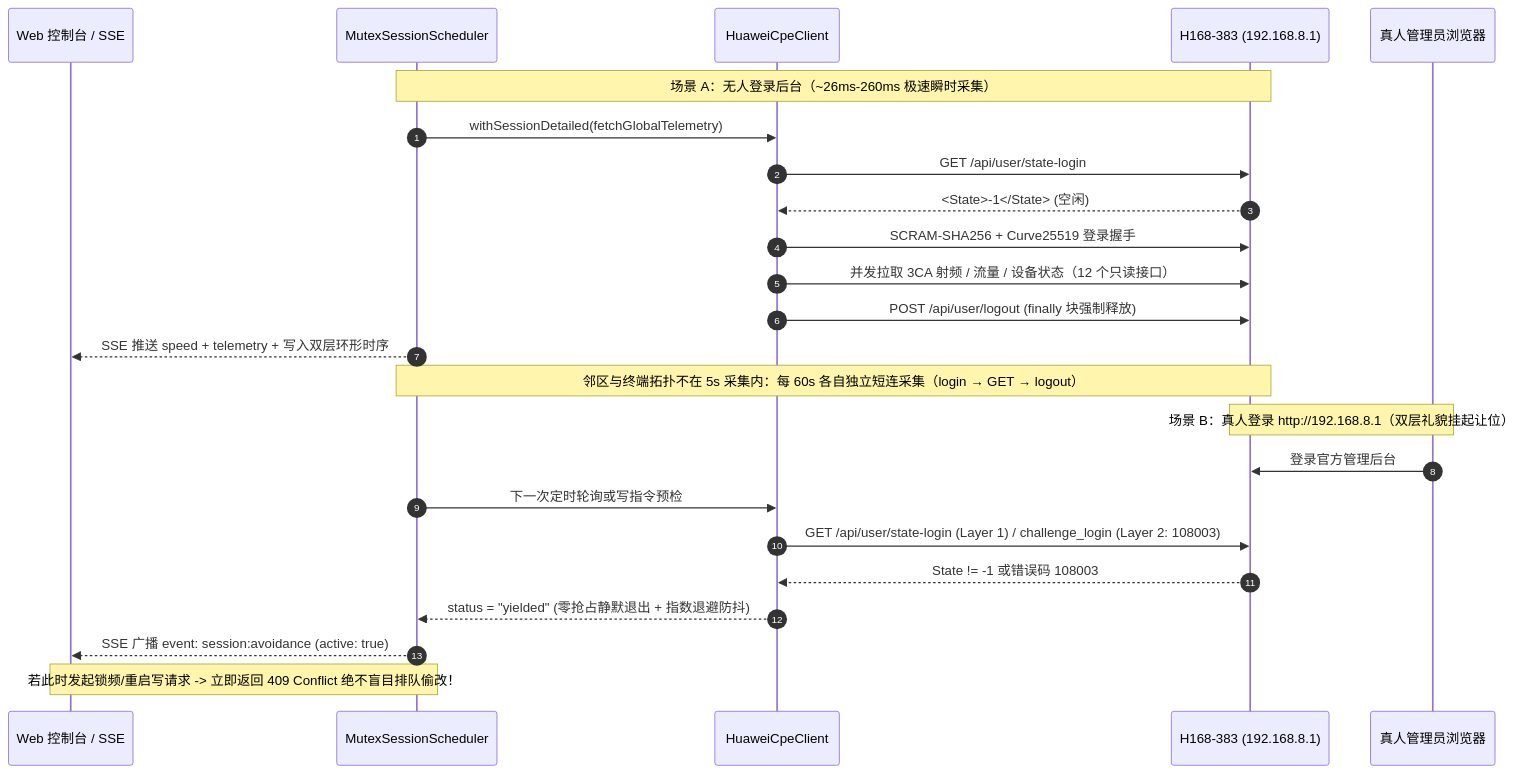
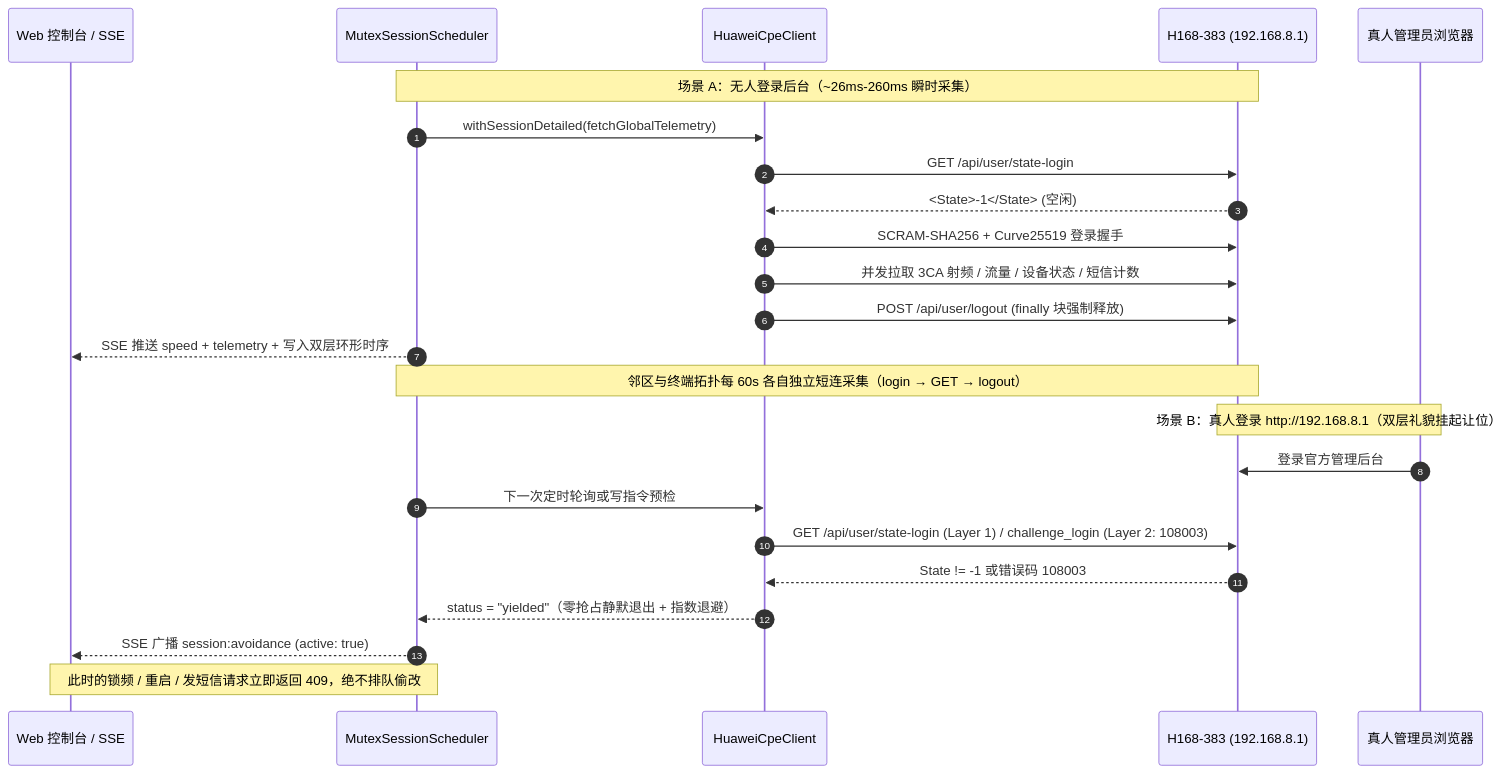
One commit to cky008/cpe-dash changed the second of 2 diagrams in README.md. Above: the diagram before and after it, drawn with Mermaid. The commit also changed other lines of this file and 11 other files, not shown here.

````diff
--- a/README.md
+++ b/README.md
@@ -121,28 +180,28 @@
 ```mermaid
 sequenceDiagram
   autonumber
   participant UI as Web 控制台 / SSE
   participant Sched as MutexSessionScheduler
   participant Client as HuaweiCpeClient
   participant CPE as H168-383 (192.168.8.1)
   participant Human as 真人管理员浏览器
 
-  Note over Sched,CPE: 场景 A：无人登录后台（~26ms-260ms 极速瞬时采集）
+  Note over Sched,CPE: 场景 A：无人登录后台（~26ms-260ms 瞬时采集）
   Sched->>Client: withSessionDetailed(fetchGlobalTelemetry)
   Client->>CPE: GET /api/user/state-login
   CPE-->>Client: <State>-1</State> (空闲)
   Client->>CPE: SCRAM-SHA256 + Curve25519 登录握手
-  Client->>CPE: 并发拉取 3CA 射频 / 流量 / 设备状态（12 个只读接口）
+  Client->>CPE: 并发拉取 3CA 射频 / 流量 / 设备状态 / 短信计数
   Client->>CPE: POST /api/user/logout (finally 块强制释放)
   Sched-->>UI: SSE 推送 speed + telemetry + 写入双层环形时序
-  Note over Sched,CPE: 邻区与终端拓扑不在 5s 采集内：每 60s 各自独立短连采集（login → GET → logout）
+  Note over Sched,CPE: 邻区与终端拓扑每 60s 各自独立短连采集（login → GET → logout）
 
   Note over Human,CPE: 场景 B：真人登录 http://192.168.8.1（双层礼貌挂起让位）
   Human->>CPE: 登录官方管理后台
   Sched->>Client: 下一次定时轮询或写指令预检
   Client->>CPE: GET /api/user/state-login (Layer 1) / challenge_login (Layer 2: 108003)
   CPE-->>Client: State != -1 或错误码 108003
-  Client-->>Sched: status = "yielded" (零抢占静默退出 + 指数退避防抖)
-  Sched-->>UI: SSE 广播 event: session:avoidance (active: true)
-  Note over Sched,UI: 若此时发起锁频/重启写请求 -> 立即返回 409 Conflict 绝不盲目排队偷改！
+  Client-->>Sched: status = "yielded"（零抢占静默退出 + 指数退避）
+  Sched-->>UI: SSE 广播 session:avoidance (active: true)
+  Note over Sched,UI: 此时的锁频 / 重启 / 发短信请求立即返回 409，绝不排队偷改
 ```
````
